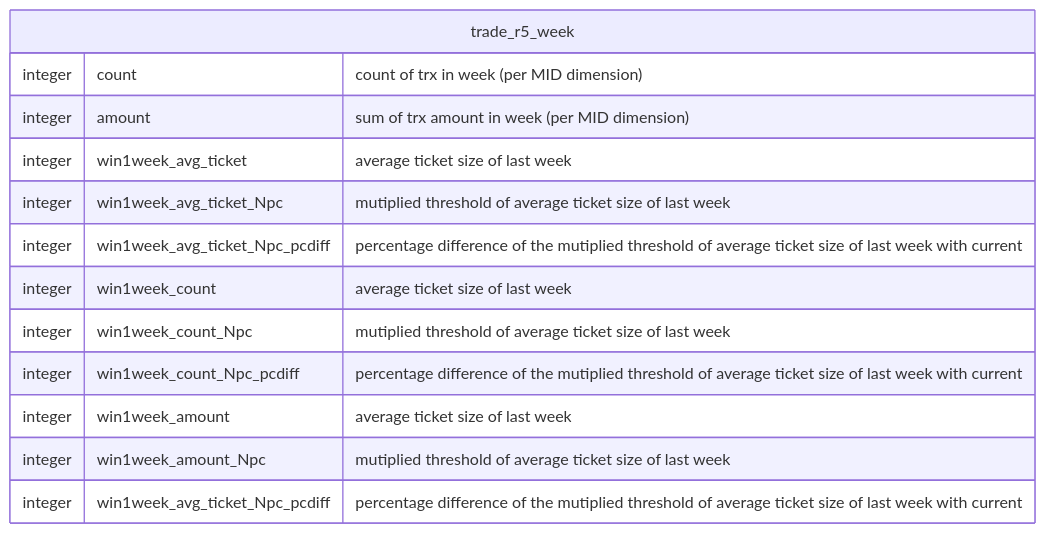
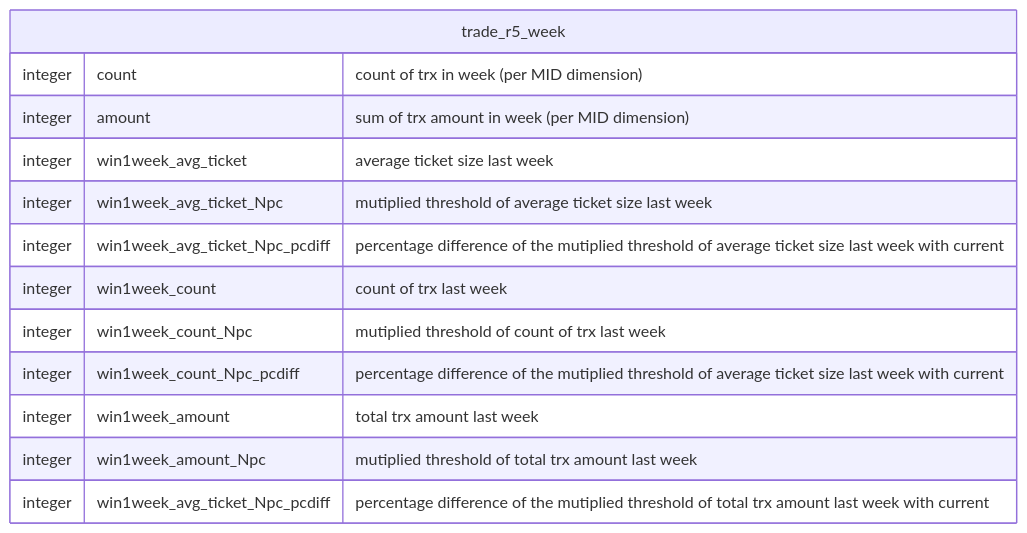
The fourth of 5 diagrams in data-dictionary.md (lncknight/qf-data-dictionary), drawn with Mermaid before and after one commit. The commit also changed other lines of this file, not shown here.

Commit message:
trade_r5 dataset

````diff
--- a/data-dictionary.md
+++ b/data-dictionary.md
@@ -77,19 +77,19 @@
 ```mermaid
 erDiagram
   trade_r5_week {
     integer count "count of trx in week (per MID dimension)"
     integer amount "sum of trx amount in week (per MID dimension)"
 
-    integer win1week_avg_ticket "average ticket size of last week"
-    integer win1week_avg_ticket_Npc "mutiplied threshold of average ticket size of last week"
-    integer win1week_avg_ticket_Npc_pcdiff "percentage difference of the mutiplied threshold of average ticket size of last week with current"
+    integer win1week_avg_ticket "average ticket size last week"
+    integer win1week_avg_ticket_Npc "mutiplied threshold of average ticket size last week"
+    integer win1week_avg_ticket_Npc_pcdiff "percentage difference of the mutiplied threshold of average ticket size last week with current"
 
-    integer win1week_count "average ticket size of last week"
-    integer win1week_count_Npc "mutiplied threshold of average ticket size of last week"
-    integer win1week_count_Npc_pcdiff "percentage difference of the mutiplied threshold of average ticket size of last week with current"
+    integer win1week_count "count of trx last week"
+    integer win1week_count_Npc "mutiplied threshold of count of trx last week"
+    integer win1week_count_Npc_pcdiff "percentage difference of the mutiplied threshold of average ticket size last week with current"
 
-    integer win1week_amount "average ticket size of last week"
-    integer win1week_amount_Npc "mutiplied threshold of average ticket size of last week"
-    integer win1week_avg_ticket_Npc_pcdiff "percentage difference of the mutiplied threshold of average ticket size of last week with current"
+    integer win1week_amount "total trx amount last week"
+    integer win1week_amount_Npc "mutiplied threshold of total trx amount last week"
+    integer win1week_avg_ticket_Npc_pcdiff "percentage difference of the mutiplied threshold of total trx amount last week with current"
   }
 ```
````
